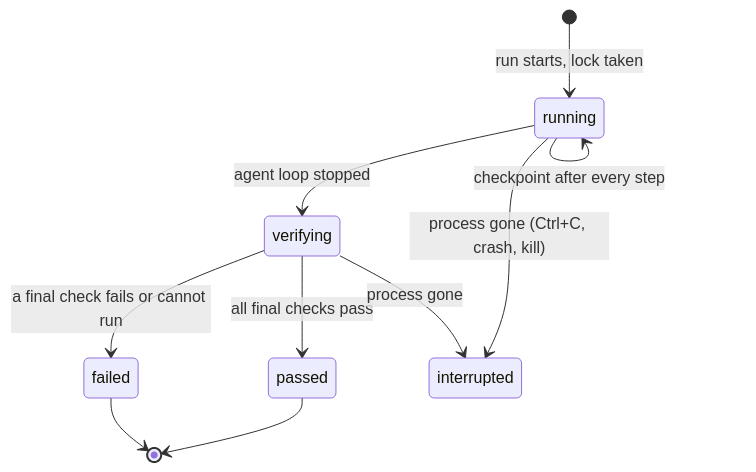
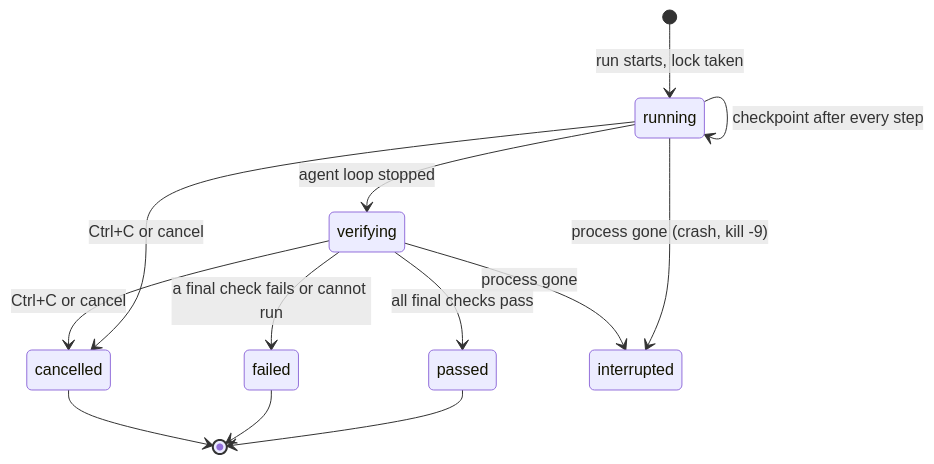
The fifth of 7 diagrams in README.md (linda-gan/swe25-aaia-coding-harness), drawn with Mermaid before and after one commit. The commit also changed other lines of this file and 8 other files, not shown here.

Commit message:
Add cancellation: Ctrl+C and cancel command stop a run at a safe point

````diff
--- a/README.md
+++ b/README.md
@@ -477,12 +487,15 @@
 ```mermaid
 stateDiagram-v2
     [*] --> running: run starts, lock taken
     running --> running: checkpoint after every step
     running --> verifying: agent loop stopped
     verifying --> passed: all final checks pass
     verifying --> failed: a final check fails or cannot run
-    running --> interrupted: process gone (Ctrl+C, crash, kill)
+    running --> cancelled: Ctrl+C or cancel
+    verifying --> cancelled: Ctrl+C or cancel
+    running --> interrupted: process gone (crash, kill -9)
     verifying --> interrupted: process gone
     passed --> [*]
     failed --> [*]
+    cancelled --> [*]
 ```
````
